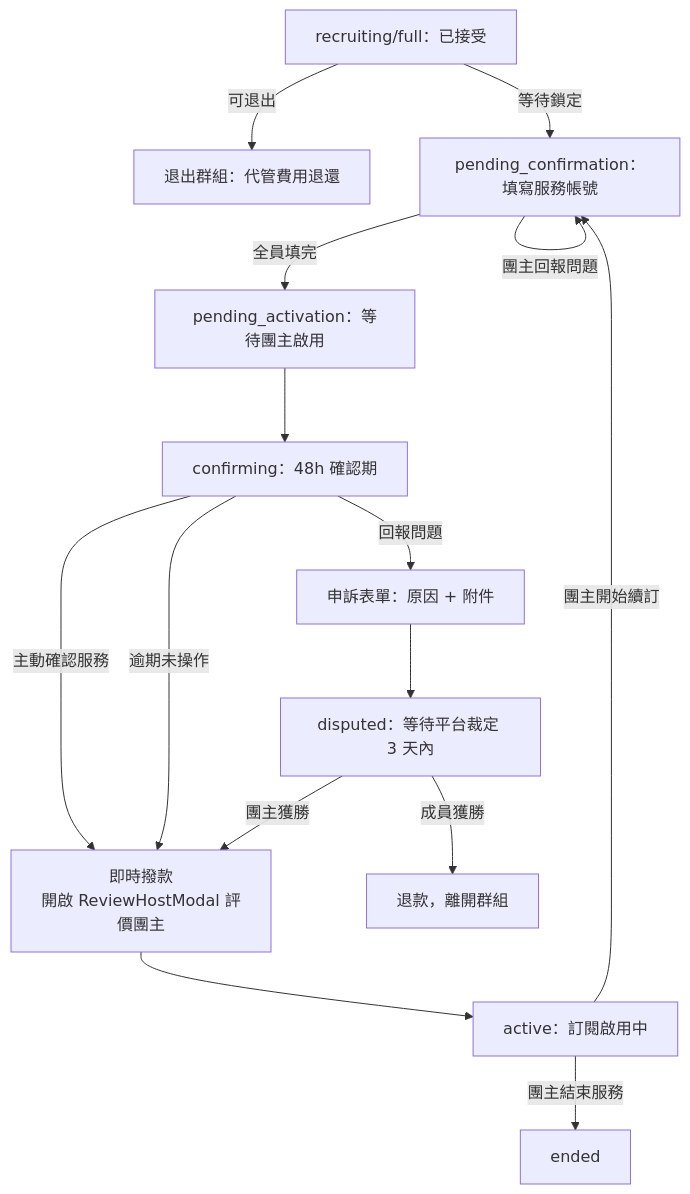
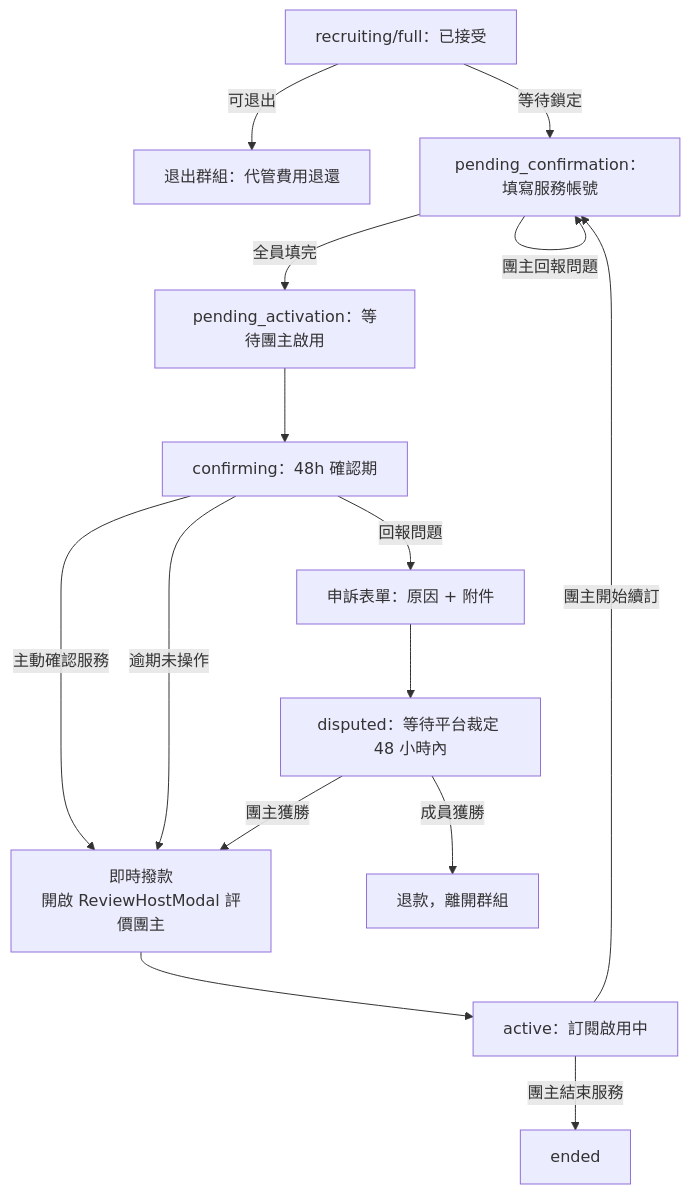
The diagram in docs/flows/subscriptions-flow.md (s1092055/PartyMatch), drawn with Mermaid before and after one commit. The commit also changed other lines of this file and 19 other files, not shown here.

````diff
--- a/docs/flows/subscriptions-flow.md
+++ b/docs/flows/subscriptions-flow.md
@@ -8,17 +8,17 @@
 ```mermaid
 flowchart TD
     A[recruiting/full：已接受] -->|可退出| B[退出群組：代管費用退還]
     A -->|等待鎖定| C[pending_confirmation：填寫服務帳號]
     C -->|團主回報問題| C
     C -->|全員填完| D[pending_activation：等待團主啟用]
     D --> E[confirming：48h 確認期]
     E -->|主動確認服務| F[即時撥款\n開啟 ReviewHostModal 評價團主]
     E -->|逾期未操作| F
     E -->|回報問題| G[申訴表單：原因 + 附件]
-    G --> H[disputed：等待平台裁定 3 天內]
+    G --> H[disputed：等待平台裁定 48 小時內]
     H -->|成員獲勝| I[退款，離開群組]
     H -->|團主獲勝| F
     F --> J[active：訂閱啟用中]
     J -->|團主開始續訂| C
     J -->|團主結束服務| K[ended]
 ```
````
